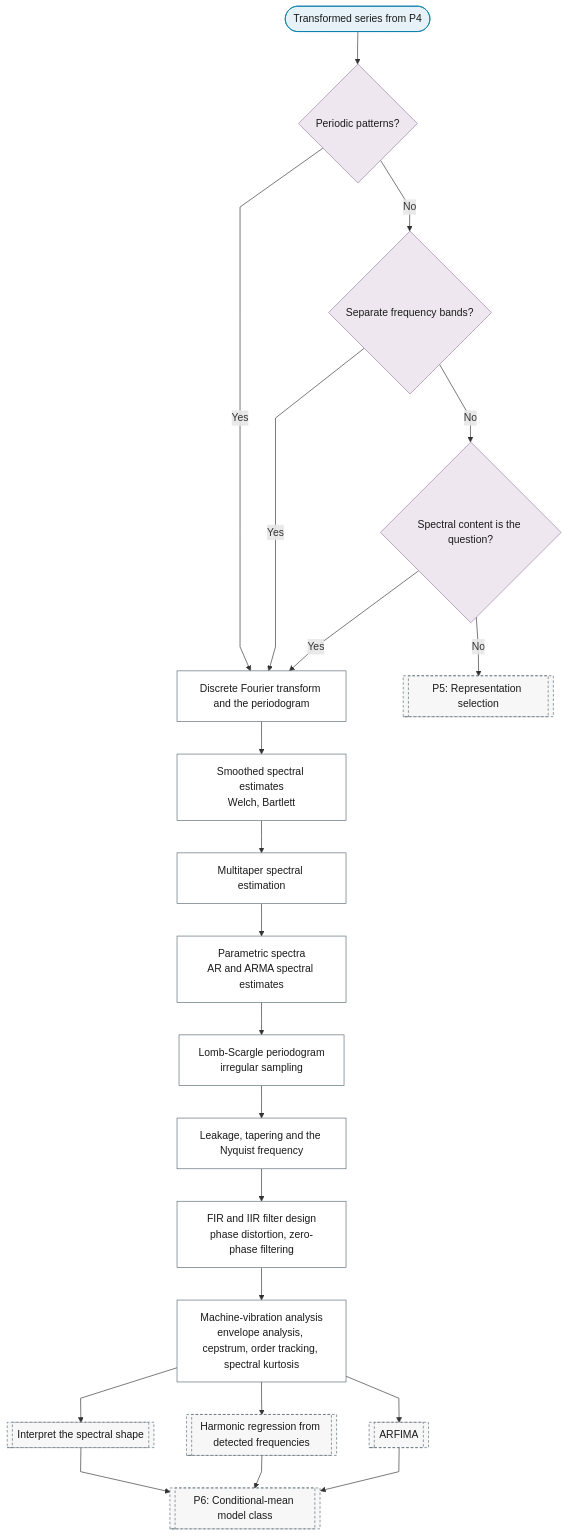
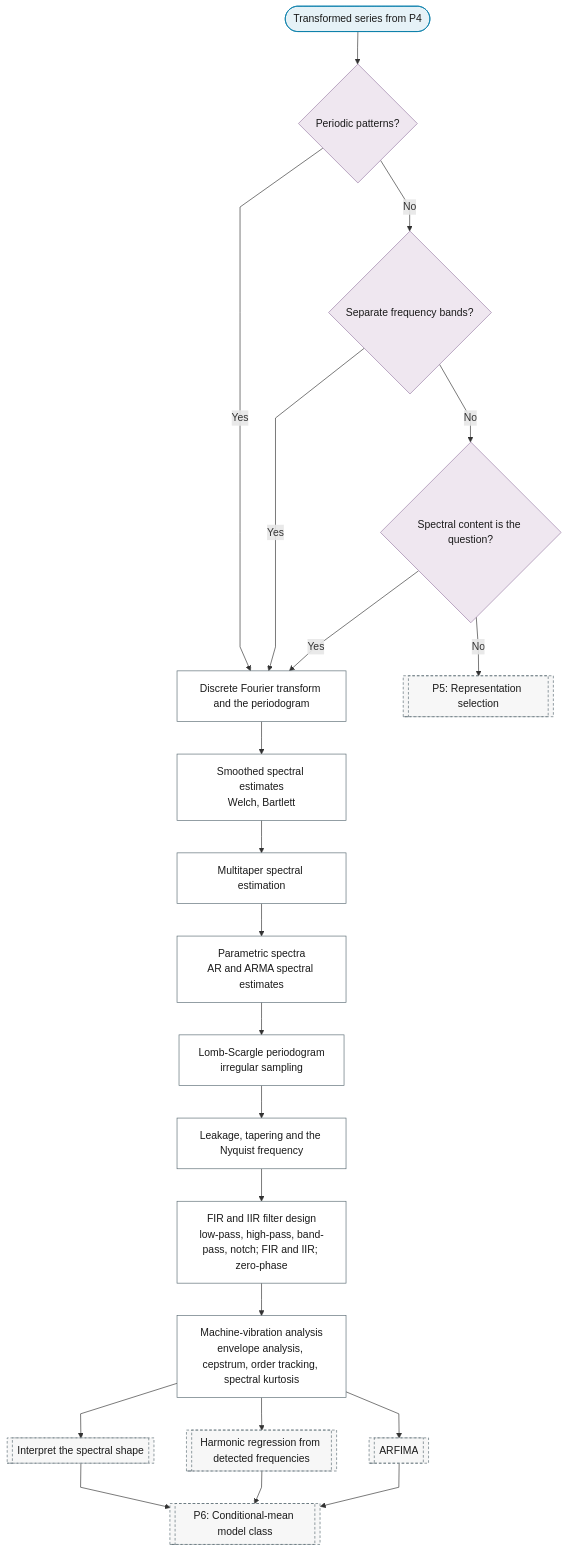
Before and after one commit to Shuxin-Y/time-series-analysis-manual: the diagram in docs/01-workflow/p05-representation/02-frequency-domain.md, drawn with Mermaid. The commit also changed 27 other files, not shown here.

First line of the commit message:
fix(flowchart): one method, one leaf

````diff
--- a/docs/01-workflow/p05-representation/02-frequency-domain.md
+++ b/docs/01-workflow/p05-representation/02-frequency-domain.md
@@ -7,34 +7,34 @@
 ```mermaid
 %%{init: {"flowchart": {"curve": "linear"}}}%%
 graph TD
     P5_FD_IN(["Transformed series from P4"]) --> P5_FD_PERIODIC{"Periodic patterns?"}
     P5_FD_PERIODIC -->|"Yes"| P5_FD_DFT["Discrete Fourier transform and the periodogram"]
     P5_FD_PERIODIC -->|"No"| P5_FD_BANDS{"Separate frequency bands?"}
     P5_FD_BANDS -->|"Yes"| P5_FD_DFT
     P5_FD_BANDS -->|"No"| P5_FD_SPECTRAL{"Spectral content is the question?"}
     P5_FD_SPECTRAL -->|"Yes"| P5_FD_DFT
     P5_FD_SPECTRAL -->|"No"| P5[["P5: Representation selection"]]
     P5_FD_DFT --> P5_FD_SMOOTHED["Smoothed spectral estimates<br/>Welch, Bartlett"]
     P5_FD_SMOOTHED --> P5_FD_MULTITAPER["Multitaper spectral estimation"]
     P5_FD_MULTITAPER --> P5_FD_PARAMETRIC["Parametric spectra<br/>AR and ARMA spectral estimates"]
     P5_FD_PARAMETRIC --> P5_FD_LOMB_SCARGLE["Lomb-Scargle periodogram<br/>irregular sampling"]
     P5_FD_LOMB_SCARGLE --> P5_FD_LEAKAGE["Leakage, tapering and the Nyquist frequency"]
-    P5_FD_LEAKAGE --> P5_FD_FILTERS["FIR and IIR filter design<br/>phase distortion, zero-phase filtering"]
+    P5_FD_LEAKAGE --> P5_FD_FILTERS["FIR and IIR filter design<br/>low-pass, high-pass, band-pass, notch; FIR and IIR; zero-phase"]
     P5_FD_FILTERS --> P5_FD_ENVELOPE["Machine-vibration analysis<br/>envelope analysis, cepstrum, order tracking, spectral kurtosis"]
     P5_FD_ENVELOPE --> P2_SP_SPECTRAL_SHAPE[["Interpret the spectral shape"]]
     P5_FD_ENVELOPE --> P2_SP_HARMONIC_REGRESSION[["Harmonic regression from detected frequencies"]]
     P5_FD_ENVELOPE --> P6_ARFIMA[["ARFIMA"]]
     P2_SP_SPECTRAL_SHAPE & P2_SP_HARMONIC_REGRESSION & P6_ARFIMA --> P6[["P6: Conditional-mean model class"]]
     class P5_FD_IN terminator
     class P5_FD_PERIODIC,P5_FD_BANDS,P5_FD_SPECTRAL decision
     class P5_FD_DFT,P5_FD_SMOOTHED,P5_FD_MULTITAPER,P5_FD_PARAMETRIC,P5_FD_LOMB_SCARGLE,P5_FD_LEAKAGE,P5_FD_FILTERS,P5_FD_ENVELOPE process
     class P5,P2_SP_SPECTRAL_SHAPE,P2_SP_HARMONIC_REGRESSION,P6_ARFIMA,P6 ref
     classDef terminator fill:#E6F2F7,stroke:#007BA7,color:#1A1A1A;
     classDef process fill:#FFFFFF,stroke:#5A6B73,color:#1A1A1A;
     classDef decision fill:#EFE7F0,stroke:#9B7FA7,color:#1A1A1A;
     classDef data fill:#FFF4E0,stroke:#C9A55E,color:#1A1A1A;
     classDef good fill:#DCEFD8,stroke:#4A7A3F,color:#1A1A1A;
     classDef escalate fill:#FFE9C2,stroke:#C9A55E,color:#1A1A1A;
     classDef problem fill:#F2D9DE,stroke:#800020,color:#1A1A1A;
     classDef ref fill:#F7F7F7,stroke:#5A6B73,color:#1A1A1A,stroke-dasharray:4 3;
 ```
````
